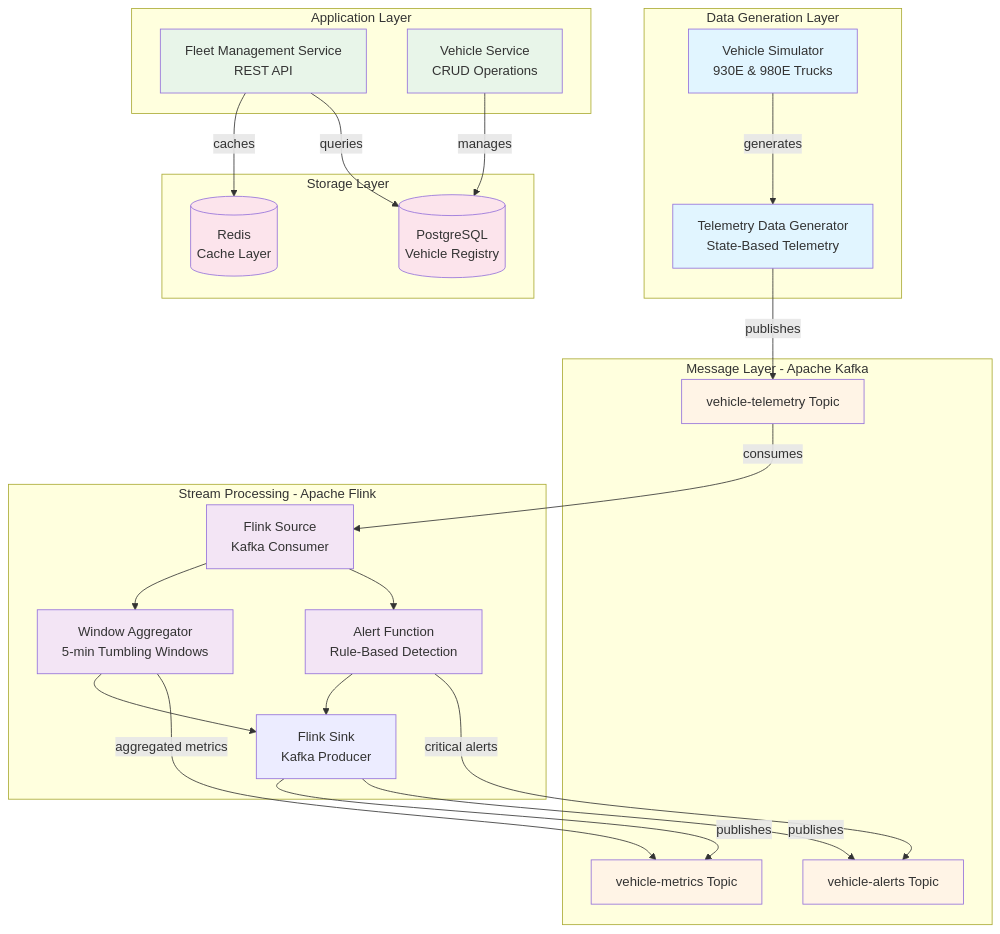
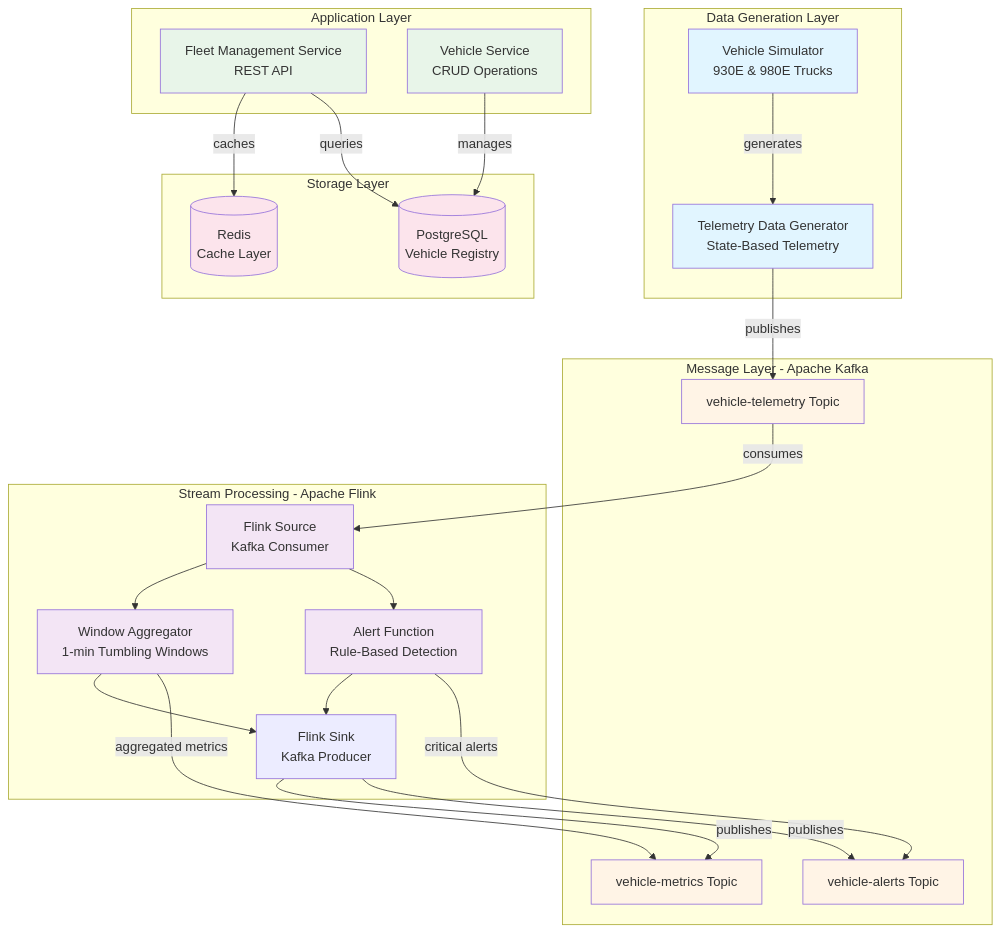
One commit to Shallako/ShuzAHS changed the first of 18 diagrams in DIAGRAMS.md. Above: the diagram before and after it, drawn with Mermaid. The commit also changed other lines of this file and 38 other files, not shown here.

````diff
--- a/DIAGRAMS.md
+++ b/DIAGRAMS.md
@@ -27,59 +27,59 @@
 ```mermaid
 graph TB
     subgraph "Data Generation Layer"
         VG[Vehicle Simulator<br/>930E & 980E Trucks]
         TDG[Telemetry Data Generator<br/>State-Based Telemetry]
     end
     
     subgraph "Message Layer - Apache Kafka"
         KT1[vehicle-telemetry Topic]
         KT2[vehicle-alerts Topic]
         KT3[vehicle-metrics Topic]
     end
     
     subgraph "Stream Processing - Apache Flink"
         FS[Flink Source<br/>Kafka Consumer]
         AF[Alert Function<br/>Rule-Based Detection]
-        WA[Window Aggregator<br/>5-min Tumbling Windows]
+        WA[Window Aggregator<br/>1-min Tumbling Windows]
         FK[Flink Sink<br/>Kafka Producer]
     end
     
     subgraph "Application Layer"
         FM[Fleet Management Service<br/>REST API]
         VS[Vehicle Service<br/>CRUD Operations]
     end
     
     subgraph "Storage Layer"
         PG[(PostgreSQL<br/>Vehicle Registry)]
         RD[(Redis<br/>Cache Layer)]
     end
     
     VG -->|generates| TDG
     TDG -->|publishes| KT1
     KT1 -->|consumes| FS
     FS --> AF
     FS --> WA
     AF -->|critical alerts| KT2
     WA -->|aggregated metrics| KT3
     AF --> FK
     WA --> FK
     FK -->|publishes| KT2
     FK -->|publishes| KT3
     
     FM -->|queries| PG
     FM -->|caches| RD
     VS -->|manages| PG
     
     style VG fill:#e1f5ff
     style TDG fill:#e1f5ff
     style KT1 fill:#fff4e6
     style KT2 fill:#fff4e6
     style KT3 fill:#fff4e6
     style FS fill:#f3e5f5
     style AF fill:#f3e5f5
     style WA fill:#f3e5f5
     style FM fill:#e8f5e9
     style VS fill:#e8f5e9
     style PG fill:#fce4ec
     style RD fill:#fce4ec
 ```
````
